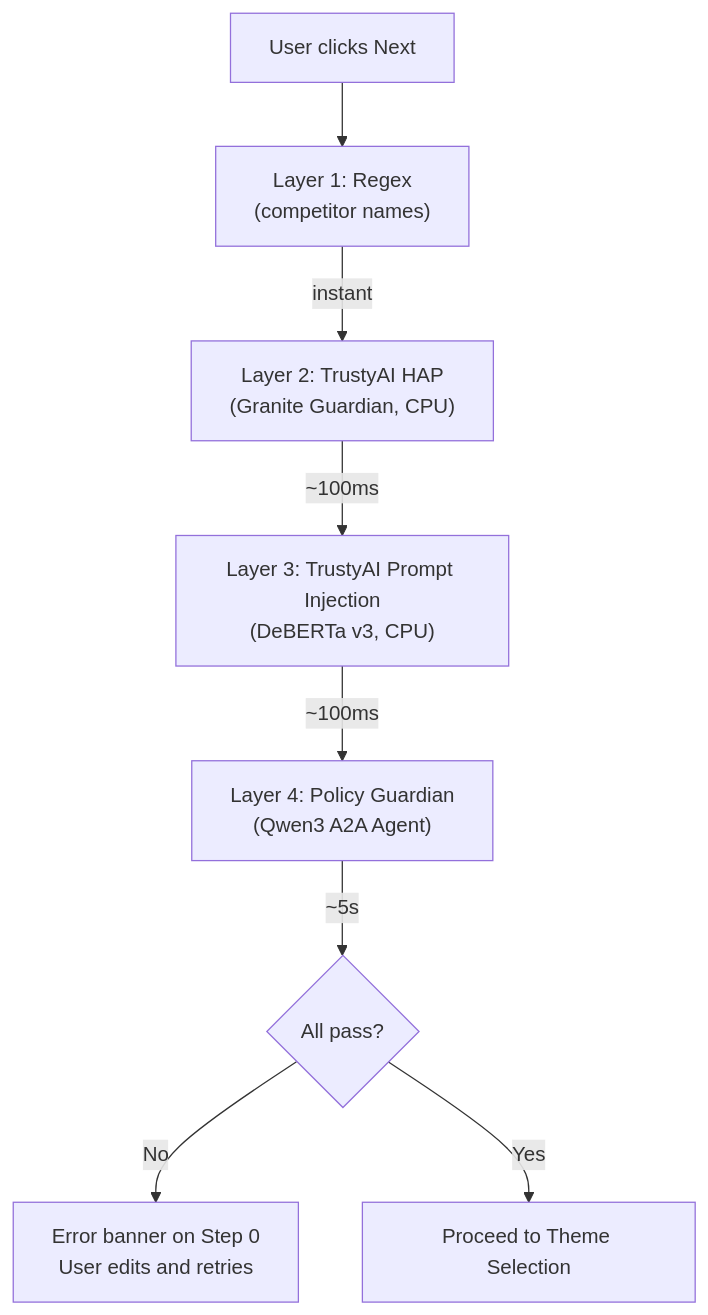
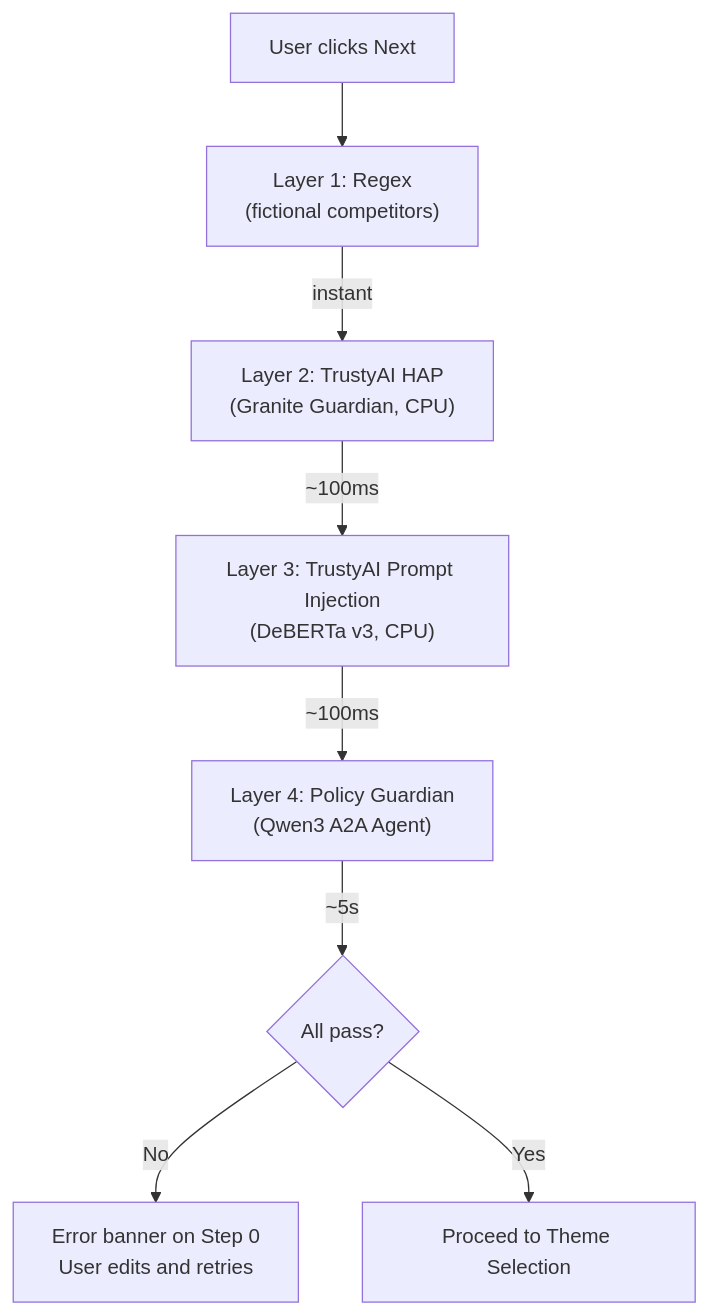
Before and after one commit to gymnatics/Marketing-Assistant-Demo: diagram 18 of 18 in ARCHITECTURE.md, drawn with Mermaid. The commit also changed other lines of this file and 13 other files, not shown here.

````diff
--- a/ARCHITECTURE.md
+++ b/ARCHITECTURE.md
@@ -855,10 +876,10 @@
 ```mermaid
 flowchart TD
-    User["User clicks Next"] --> Regex["Layer 1: Regex\n(competitor names)"]
+    User["User clicks Next"] --> Regex["Layer 1: Regex\n(fictional competitors)"]
     Regex -->|instant| HAP["Layer 2: TrustyAI HAP\n(Granite Guardian, CPU)"]
     HAP -->|~100ms| PI["Layer 3: TrustyAI Prompt Injection\n(DeBERTa v3, CPU)"]
     PI -->|~100ms| Policy["Layer 4: Policy Guardian\n(Qwen3 A2A Agent)"]
     Policy -->|~5s| Decision{All pass?}
     Decision -->|No| Reject["Error banner on Step 0\nUser edits and retries"]
     Decision -->|Yes| Proceed["Proceed to Theme Selection"]
 ```
````
